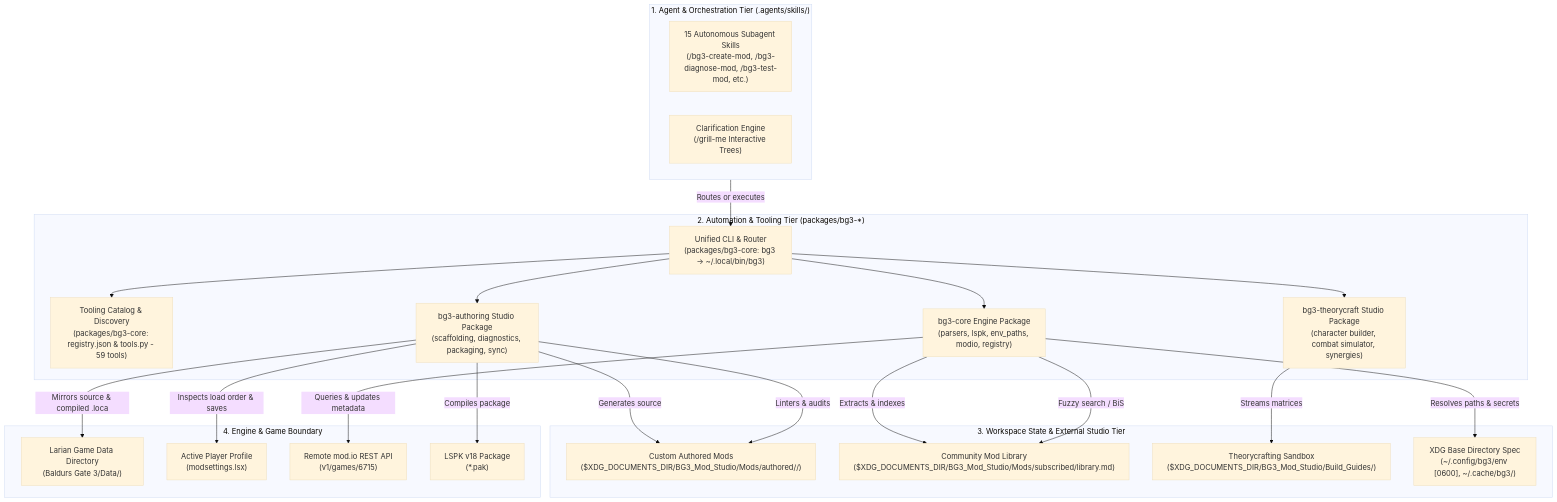
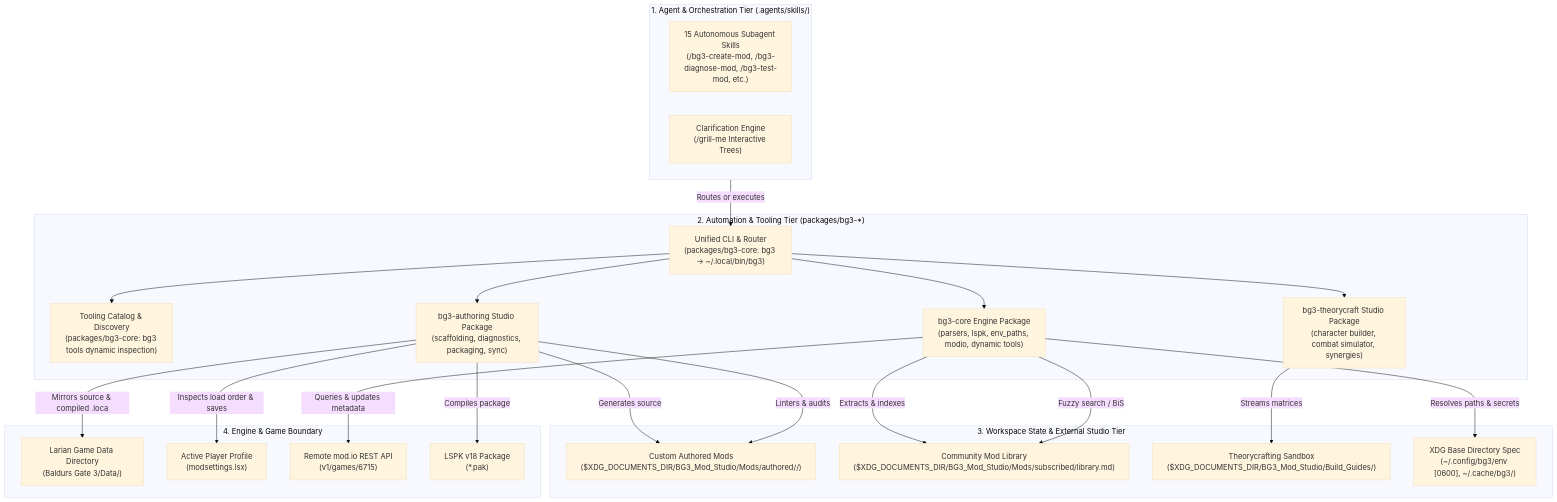
One commit to jpelton-stroud/bg3-mod-studio changed the first of 3 diagrams in docs/ARCHITECTURE.md. Above: the diagram before and after it, drawn with Mermaid (base theme). The commit also changed other lines of this file and 28 other files, not shown here.

First line of the commit message:
chore(core): purge all legacy references, deprecated shims, and static registry.json (#50)

````diff
--- a/docs/ARCHITECTURE.md
+++ b/docs/ARCHITECTURE.md
@@ -14,46 +14,46 @@
 ```mermaid
 flowchart TD
     subgraph Tier1["1. Agent & Orchestration Tier (.agents/skills/)"]
         Agents["15 Autonomous Subagent Skills\n(/bg3-create-mod, /bg3-diagnose-mod, /bg3-test-mod, etc.)"]
         GrillMe["Clarification Engine\n(/grill-me Interactive Trees)"]
     end
 
     subgraph Tier2["2. Automation & Tooling Tier (packages/bg3-*)"]
         CLI["Unified CLI & Router\n(packages/bg3-core: bg3 -> ~/.local/bin/bg3)"]
-        Registry["Tooling Catalog & Discovery\n(packages/bg3-core: registry.json & tools.py - 59 tools)"]
-        CorePkg["bg3-core Engine Package\n(parsers, lspk, env_paths, modio, registry)"]
+        Registry["Tooling Catalog & Discovery\n(packages/bg3-core: bg3 tools dynamic inspection)"]
+        CorePkg["bg3-core Engine Package\n(parsers, lspk, env_paths, modio, dynamic tools)"]
         AuthoringPkg["bg3-authoring Studio Package\n(scaffolding, diagnostics, packaging, sync)"]
         TheorycraftPkg["bg3-theorycraft Studio Package\n(character builder, combat simulator, synergies)"]
     end
 
     subgraph Tier3["3. Workspace State & External Studio Tier"]
         MyMods["Custom Authored Mods\n($XDG_DOCUMENTS_DIR/BG3_Mod_Studio/Mods/authored/<slug>/)"]
         ModsLib["Community Mod Library\n($XDG_DOCUMENTS_DIR/BG3_Mod_Studio/Mods/subscribed/library.md)"]
         Sandboxes["Theorycrafting Sandbox\n($XDG_DOCUMENTS_DIR/BG3_Mod_Studio/Build_Guides/)"]
         XDGConfig["XDG Base Directory Spec\n(~/.config/bg3/env [0600], ~/.cache/bg3/)"]
     end
 
     subgraph Tier4["4. Engine & Game Boundary"]
         GameData["Larian Game Data Directory\n(Baldurs Gate 3/Data/)"]
         ProfileSettings["Active Player Profile\n(modsettings.lsx)"]
         ModioRemote["Remote mod.io REST API\n(v1/games/6715)"]
         Distribution["LSPK v18 Package\n(*.pak)"]
     end
 
     Tier1 -->|Routes or executes| CLI
     CLI --> Registry
     CLI --> CorePkg
     CLI --> AuthoringPkg
     CLI --> TheorycraftPkg
 
     AuthoringPkg -->|Generates source| MyMods
     AuthoringPkg -->|Mirrors source & compiled .loca| GameData
     AuthoringPkg -->|Compiles package| Distribution
     AuthoringPkg -->|Linters & audits| MyMods
     AuthoringPkg -->|Inspects load order & saves| ProfileSettings
     CorePkg -->|Queries & updates metadata| ModioRemote
     CorePkg -->|Extracts & indexes| ModsLib
     CorePkg -->|Fuzzy search / BiS| ModsLib
     TheorycraftPkg -->|Streams matrices| Sandboxes
     CorePkg -->|Resolves paths & secrets| XDGConfig
 ```
````
